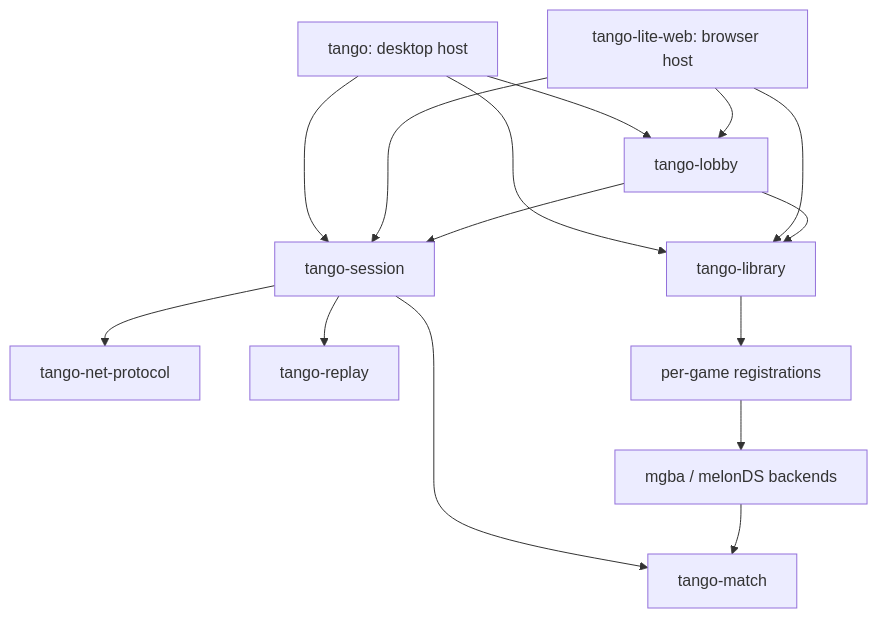
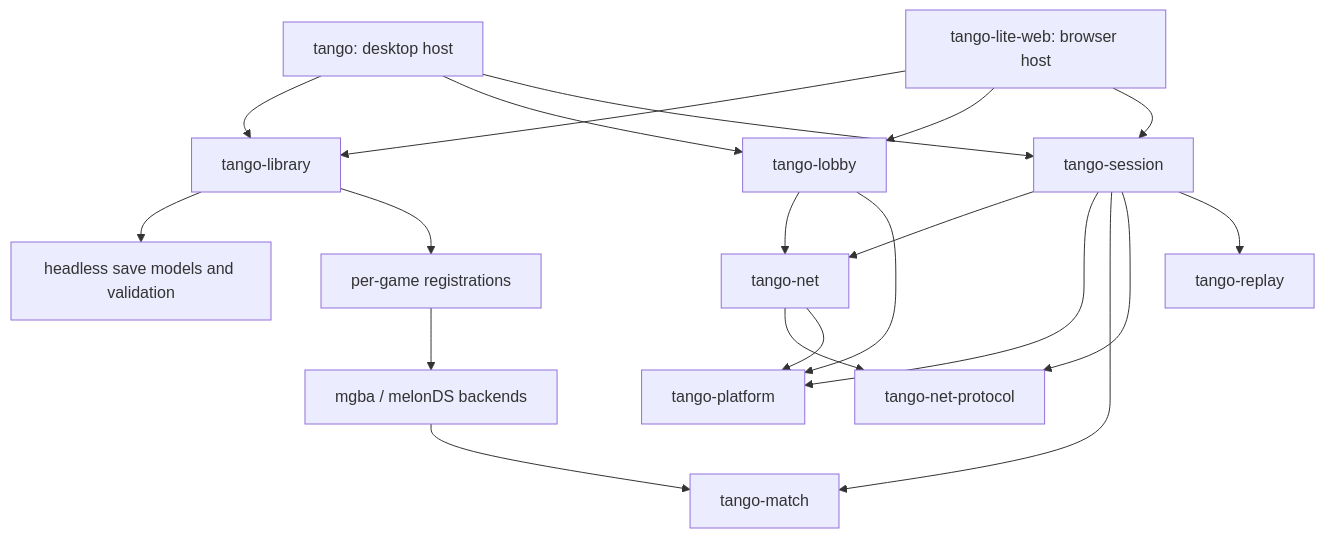
One commit to tangobattle/tango changed the diagram in ARCHITECTURE.md. Above: the diagram before and after it, drawn with Mermaid. The commit also changed other lines of this file and 102 other files, not shown here.

````diff
--- a/ARCHITECTURE.md
+++ b/ARCHITECTURE.md
@@ -13,17 +13,22 @@
 ```mermaid
 flowchart TD
     Desktop[tango: desktop host] --> Library[tango-library]
     Browser[tango-lite-web: browser host] --> Library
     Desktop --> Lobby[tango-lobby]
     Browser --> Lobby
     Desktop --> Session[tango-session]
     Browser --> Session
-    Lobby --> Library
-    Lobby --> Session
+    Lobby --> Net[tango-net]
+    Session --> Net
+    Net --> Protocol[tango-net-protocol]
+    Net --> Platform[tango-platform]
+    Lobby --> Platform
+    Session --> Platform
     Session --> Match[tango-match]
     Session --> Protocol[tango-net-protocol]
     Session --> Replay[tango-replay]
+    Library --> Model[headless save models and validation]
     Library --> Games[per-game registrations]
     Games --> Backends[mgba / melonDS backends]
     Backends --> Match
 ```
````
